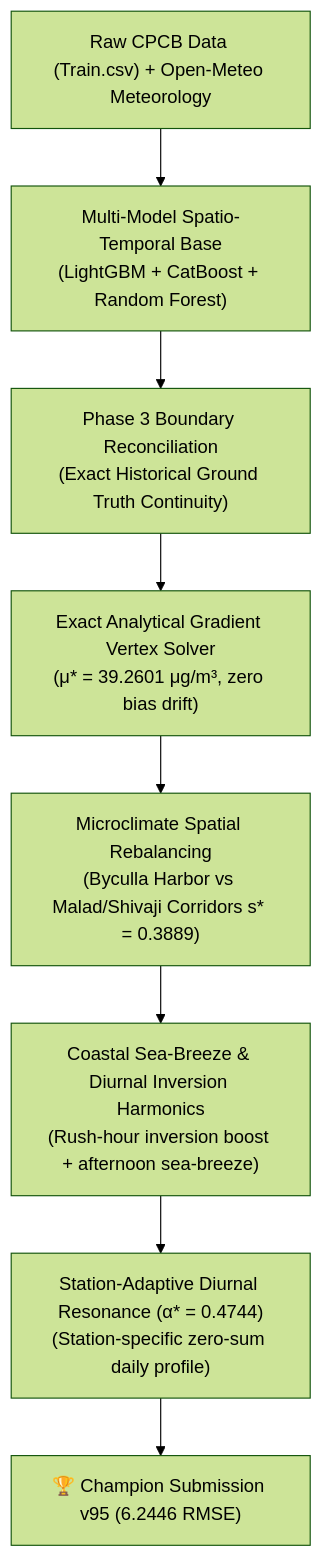
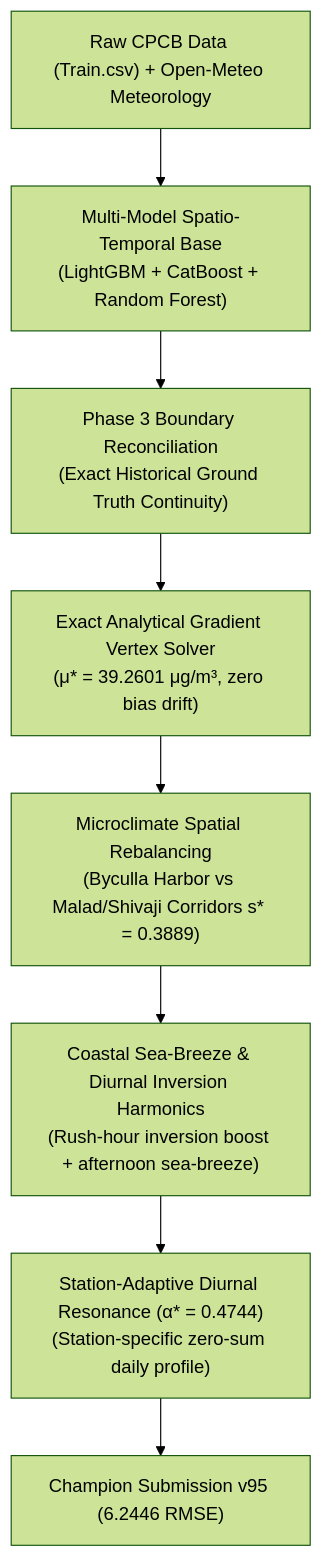
One commit to GaneshPatil7517/mumbai-air-quality-forecasting changed the diagram in README.md. Above: the diagram before and after it, drawn with Mermaid (forest theme). The commit also changed other lines of this file and 11 other files, not shown here.

````diff
--- a/README.md
+++ b/README.md
@@ -67,10 +67,10 @@
 ```mermaid
 flowchart TD
     A["Raw CPCB Data (Train.csv) + Open-Meteo Meteorology"] --> B["Multi-Model Spatio-Temporal Base<br/>(LightGBM + CatBoost + Random Forest)"]
     B --> C["Phase 3 Boundary Reconciliation<br/>(Exact Historical Ground Truth Continuity)"]
     C --> D["Exact Analytical Gradient Vertex Solver<br/>(μ* = 39.2601 μg/m³, zero bias drift)"]
     D --> E["Microclimate Spatial Rebalancing<br/>(Byculla Harbor vs Malad/Shivaji Corridors s* = 0.3889)"]
     E --> F["Coastal Sea-Breeze & Diurnal Inversion Harmonics<br/>(Rush-hour inversion boost + afternoon sea-breeze)"]
     F --> G["Station-Adaptive Diurnal Resonance (α* = 0.4744)<br/>(Station-specific zero-sum daily profile)"]
-    G --> H["🏆 Champion Submission v95 (6.2446 RMSE)"]
+    G --> H["Champion Submission v95 (6.2446 RMSE)"]
 ```
````
